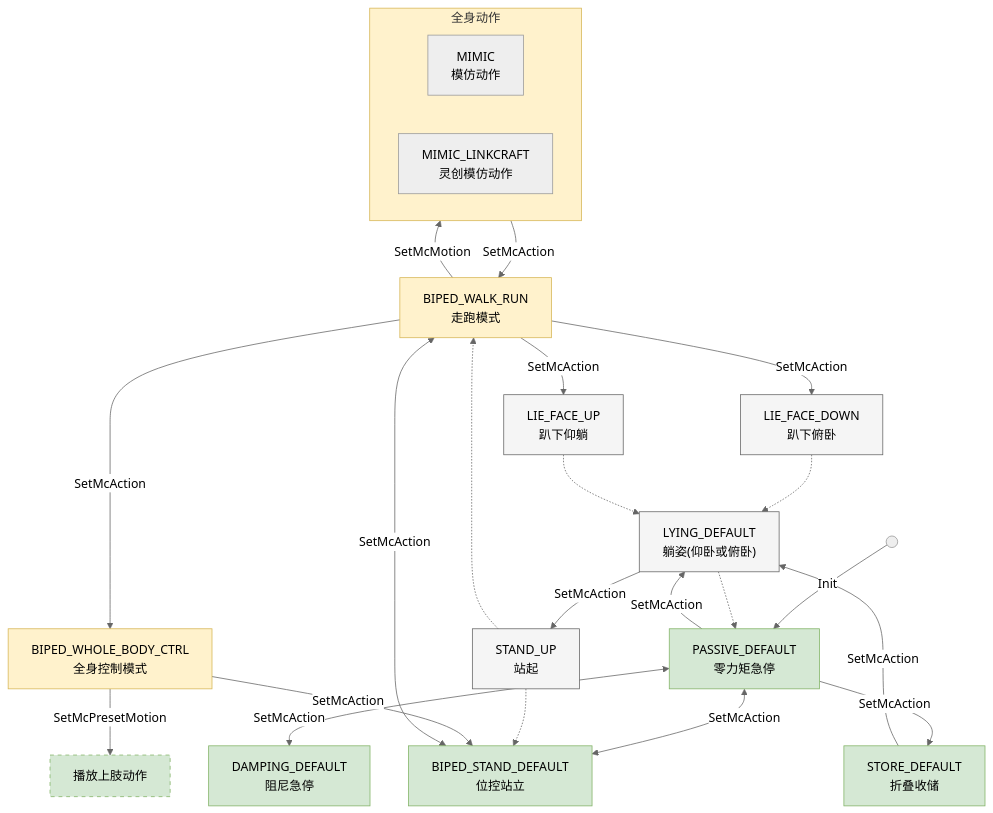
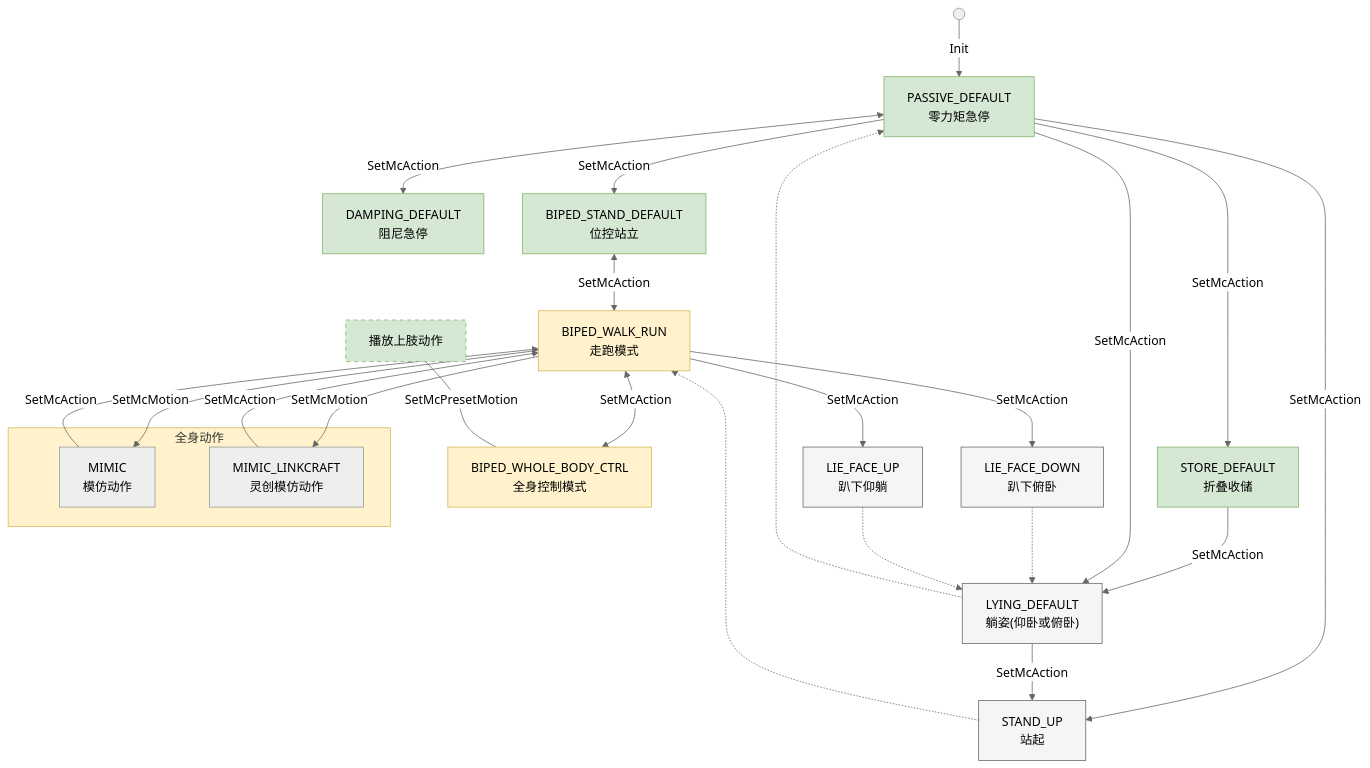
Before and after one commit to PrimbotTech/primbot-t1-sdk: the diagram in 接口说明.md, drawn with Mermaid (neutral theme).

Commit message:
修改运动控状态机mermaid代码

````diff
--- a/接口说明.md
+++ b/接口说明.md
@@ -243,73 +243,75 @@
 ```mermaid
 graph TD
     %% 定义节点
-    START(( )) -- "Init" --> PASSIVE
-    
+    START(( )) -- Init --> PASSIVE
+
     %% 位置控制节点 (绿色系)
     PASSIVE["PASSIVE_DEFAULT<br/>零力矩急停"]
     DAMPING["DAMPING_DEFAULT<br/>阻尼急停"]
     STAND["BIPED_STAND_DEFAULT<br/>位控站立"]
     STORE["STORE_DEFAULT<br/>折叠收储"]
-    PRESET_BOX["播放上肢动作"]
-    
+    PRESETBOX["播放上肢动作"]
+
     %% 力矩控制节点 (黄色系)
     WALK["BIPED_WALK_RUN<br/>走跑模式"]
     WBC["BIPED_WHOLE_BODY_CTRL<br/>全身控制模式"]
-    
-    subgraph MIMIC_BOX ["全身动作"]
+
+    %% 全身动作子图
+    subgraph MIMIC_BOX["全身动作"]
         MIMIC["MIMIC<br/>模仿动作"]
         LINKCRAFT["MIMIC_LINKCRAFT<br/>灵创模仿动作"]
     end
 
     %% 过渡状态 (灰色系)
     STAND_UP["STAND_UP<br/>站起"]
     LIE_DOWN["LIE_FACE_DOWN<br/>趴下俯卧"]
     LIE_UP["LIE_FACE_UP<br/>趴下仰躺"]
     LYING["LYING_DEFAULT<br/>躺姿(仰卧或俯卧)"]
 
     %% 跳转逻辑及接口标注
-    PASSIVE -- "SetMcAction" <--> DAMPING
-    PASSIVE -- "SetMcAction" <--> STAND
-    
-    PASSIVE -- "SetMcAction" --> STORE
-    PASSIVE -- "SetMcAction" --> LYING
-    
-    STORE -- "SetMcAction" --> LYING
+    PASSIVE <-- SetMcAction --> DAMPING
+
+    PASSIVE -- SetMcAction --> STAND
+    PASSIVE -- SetMcAction --> STAND_UP
+
+    PASSIVE -- SetMcAction --> STORE
+    STORE -- SetMcAction --> LYING
+    PASSIVE -- SetMcAction --> LYING
     LYING -.-> PASSIVE
-    
-    LYING -- "SetMcAction" --> STAND_UP
-    STAND_UP -.-> STAND
+
+    LYING -- SetMcAction --> STAND_UP
     STAND_UP -.-> WALK
-    
-    STAND -- "SetMcAction" <--> WALK
-    
-    WALK -- "SetMcAction" --> WBC
-    WBC -- "SetMcAction" --> STAND
-    
-    WBC -- "SetMcPresetMotion" --> PRESET_BOX
-    
-    WALK -- "SetMcMotion" --> MIMIC_BOX
-    MIMIC_BOX -- "SetMcAction" --> WALK
-    
-    WALK -- "SetMcAction" --> LIE_DOWN
-    WALK -- "SetMcAction" --> LIE_UP
-    
+
+    STAND <-- SetMcAction --> WALK
+
+    WALK <-- SetMcAction --> WBC
+
+    PRESETBOX -- SetMcPresetMotion --- WBC
+
+    WALK -- SetMcMotion --> MIMIC
+    WALK -- SetMcMotion --> LINKCRAFT
+    MIMIC -- SetMcAction --> WALK
+    LINKCRAFT -- SetMcAction --> WALK
+
+    WALK -- SetMcAction --> LIE_DOWN
+    WALK -- SetMcAction --> LIE_UP
+
     LIE_DOWN -.-> LYING
     LIE_UP -.-> LYING
 
     %% 样式美化
     style PASSIVE fill:#d5e8d4,stroke:#82b366
     style DAMPING fill:#d5e8d4,stroke:#82b366
     style STAND fill:#d5e8d4,stroke:#82b366
     style STORE fill:#d5e8d4,stroke:#82b366
-    style PRESET_BOX fill:#d5e8d4,stroke:#82b366,stroke-dasharray: 5 5
-    
+    style PRESETBOX fill:#d5e8d4,stroke:#82b366,stroke-dasharray: 5 5
+
     style WALK fill:#fff2cc,stroke:#d6b656
     style WBC fill:#fff2cc,stroke:#d6b656
     style MIMIC_BOX fill:#fff2cc,stroke:#d6b656
-    
+
     style STAND_UP fill:#f5f5f5,stroke:#666666
     style LIE_DOWN fill:#f5f5f5,stroke:#666666
     style LIE_UP fill:#f5f5f5,stroke:#666666
     style LYING fill:#f5f5f5,stroke:#666666
 ```
````
